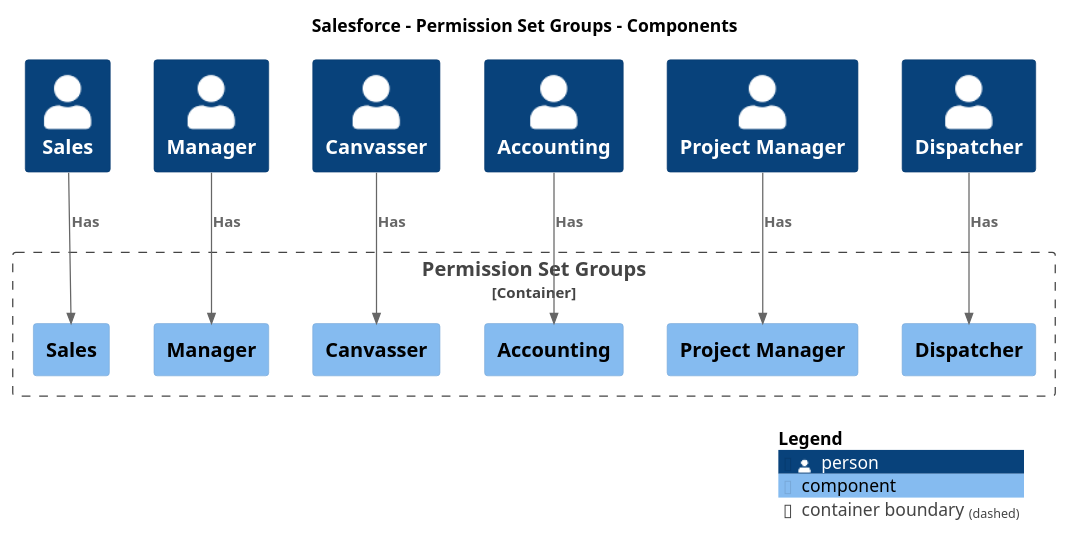
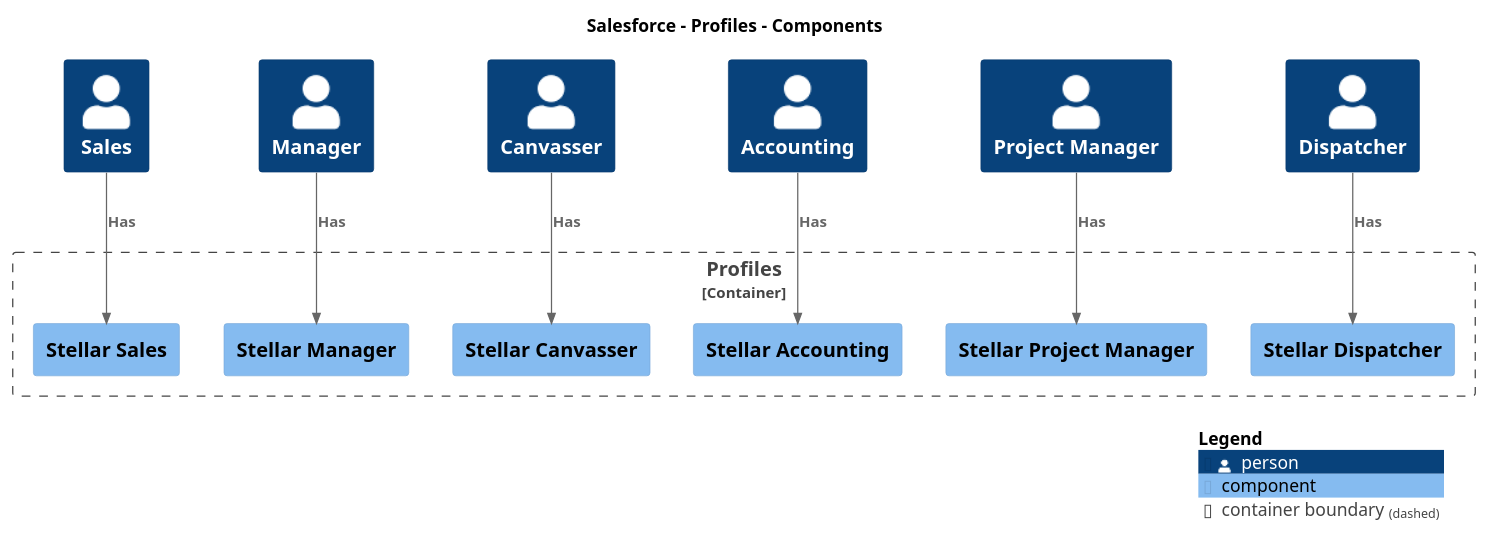
The diagram in master/puml/Component-009.puml (Ztrizzo/stellar-diagrams), drawn with PlantUML before and after one commit. The commit also changed 64 other files, not shown here.

```diff
--- a/master/puml/Component-009.puml
+++ b/master/puml/Component-009.puml
@@ -1,35 +1,35 @@
 @startuml
 set separator none
-title Salesforce - Permission Set Groups - Components
+title Salesforce - Profiles - Components
 
 top to bottom direction
 
 !include <C4/C4>
 !include <C4/C4_Context>
 !include <C4/C4_Component>
 
 Person(Sales, "Sales", $descr="", $tags="", $link="")
 Person(Manager, "Manager", $descr="", $tags="", $link="")
 Person(Canvasser, "Canvasser", $descr="", $tags="", $link="")
 Person(Accounting, "Accounting", $descr="", $tags="", $link="")
 Person(ProjectManager, "Project Manager", $descr="", $tags="", $link="")
 Person(Dispatcher, "Dispatcher", $descr="", $tags="", $link="")
 
-Container_Boundary("Salesforce.PermissionSetGroups_boundary", "Permission Set Groups", $tags="") {
-  Component(Salesforce.PermissionSetGroups.Sales, "Sales", $techn="", $descr="", $tags="", $link="")
-  Component(Salesforce.PermissionSetGroups.Manager, "Manager", $techn="", $descr="", $tags="", $link="")
-  Component(Salesforce.PermissionSetGroups.Canvasser, "Canvasser", $techn="", $descr="", $tags="", $link="")
-  Component(Salesforce.PermissionSetGroups.Dispatcher, "Dispatcher", $techn="", $descr="", $tags="", $link="")
-  Component(Salesforce.PermissionSetGroups.Accounting, "Accounting", $techn="", $descr="", $tags="", $link="")
-  Component(Salesforce.PermissionSetGroups.ProjectManager, "Project Manager", $techn="", $descr="", $tags="", $link="")
+Container_Boundary("Salesforce.Profiles_boundary", "Profiles", $tags="") {
+  Component(Salesforce.Profiles.StellarSales, "Stellar Sales", $techn="", $descr="", $tags="", $link="")
+  Component(Salesforce.Profiles.StellarManager, "Stellar Manager", $techn="", $descr="", $tags="", $link="")
+  Component(Salesforce.Profiles.StellarCanvasser, "Stellar Canvasser", $techn="", $descr="", $tags="", $link="")
+  Component(Salesforce.Profiles.StellarDispatcher, "Stellar Dispatcher", $techn="", $descr="", $tags="", $link="")
+  Component(Salesforce.Profiles.StellarAccounting, "Stellar Accounting", $techn="", $descr="", $tags="", $link="")
+  Component(Salesforce.Profiles.StellarProjectManager, "Stellar Project Manager", $techn="", $descr="", $tags="", $link="")
 }
 
-Rel(Sales, Salesforce.PermissionSetGroups.Sales, "Has", $techn="", $tags="", $link="")
-Rel(Manager, Salesforce.PermissionSetGroups.Manager, "Has", $techn="", $tags="", $link="")
-Rel(Canvasser, Salesforce.PermissionSetGroups.Canvasser, "Has", $techn="", $tags="", $link="")
-Rel(Dispatcher, Salesforce.PermissionSetGroups.Dispatcher, "Has", $techn="", $tags="", $link="")
-Rel(Accounting, Salesforce.PermissionSetGroups.Accounting, "Has", $techn="", $tags="", $link="")
-Rel(ProjectManager, Salesforce.PermissionSetGroups.ProjectManager, "Has", $techn="", $tags="", $link="")
+Rel(Sales, Salesforce.Profiles.StellarSales, "Has", $techn="", $tags="", $link="")
+Rel(Manager, Salesforce.Profiles.StellarManager, "Has", $techn="", $tags="", $link="")
+Rel(Canvasser, Salesforce.Profiles.StellarCanvasser, "Has", $techn="", $tags="", $link="")
+Rel(Dispatcher, Salesforce.Profiles.StellarDispatcher, "Has", $techn="", $tags="", $link="")
+Rel(Accounting, Salesforce.Profiles.StellarAccounting, "Has", $techn="", $tags="", $link="")
+Rel(ProjectManager, Salesforce.Profiles.StellarProjectManager, "Has", $techn="", $tags="", $link="")
 
 SHOW_LEGEND(true)
 @enduml
```
